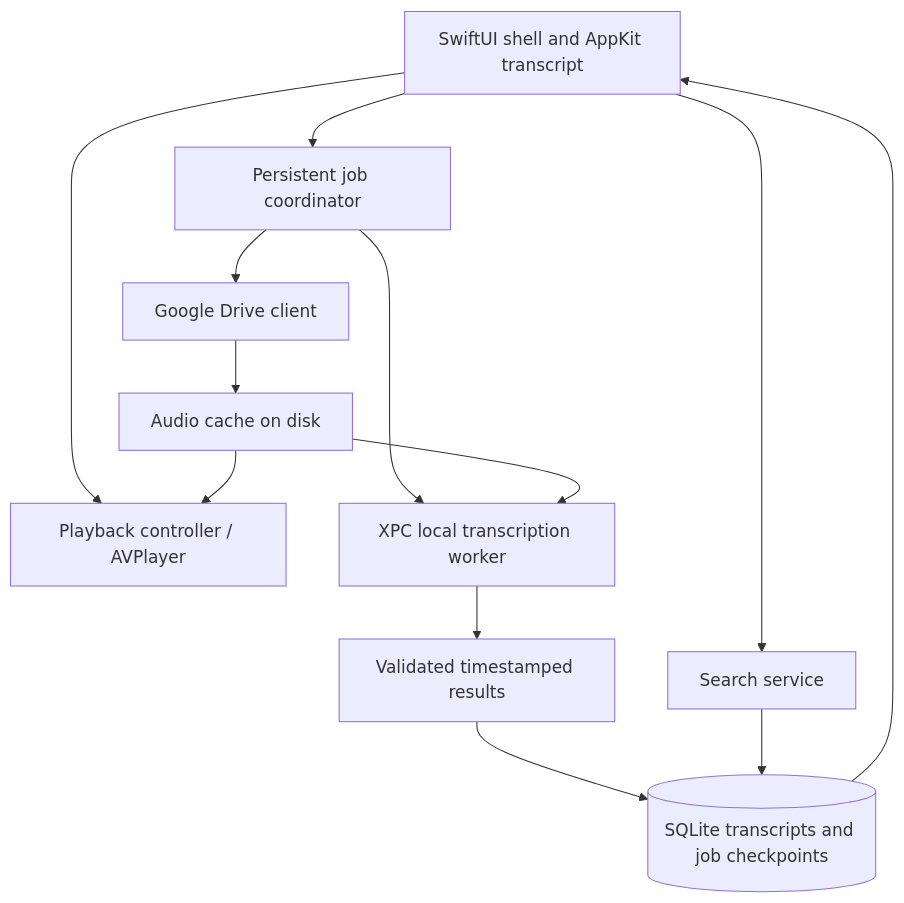
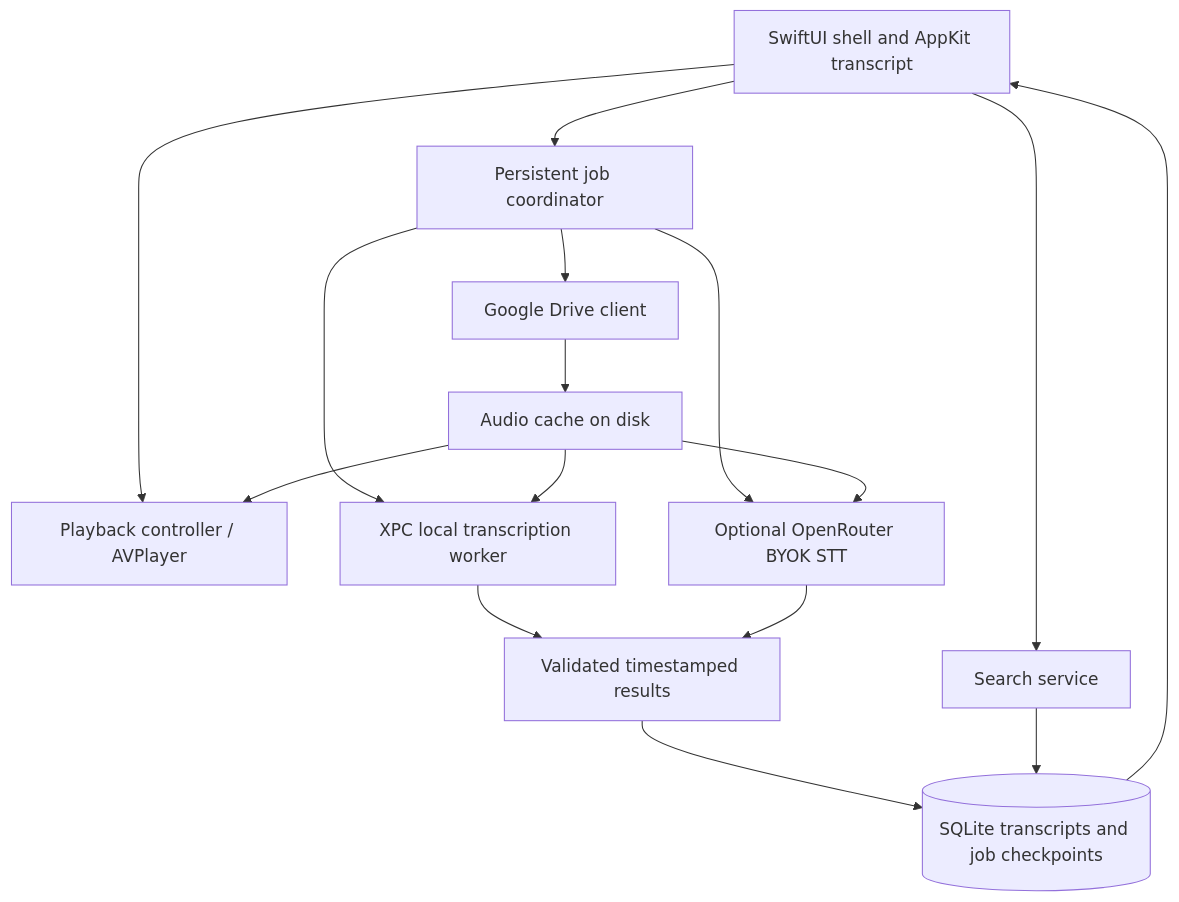
Before and after one commit to ddaza/wordy: the diagram in PLAN.md, drawn with Mermaid. The commit also changed other lines of this file and 4 other files, not shown here.

Commit message:
updated feature open router

````diff
--- a/PLAN.md
+++ b/PLAN.md
@@ -96,15 +98,18 @@
 ```mermaid
 flowchart TD
     UI[SwiftUI shell and AppKit transcript] --> Playback[Playback controller / AVPlayer]
     UI --> Search[Search service]
     UI --> Jobs[Persistent job coordinator]
     Drive[Google Drive client] --> Cache[Audio cache on disk]
     Jobs --> Drive
     Jobs --> Local[XPC local transcription worker]
+    Jobs --> Cloud[Optional OpenRouter BYOK STT]
     Cache --> Playback
     Cache --> Local
+    Cache --> Cloud
     Local --> Results[Validated timestamped results]
+    Cloud --> Results
     Results --> DB[(SQLite transcripts and job checkpoints)]
     Search --> DB
     DB --> UI
 ```
````
